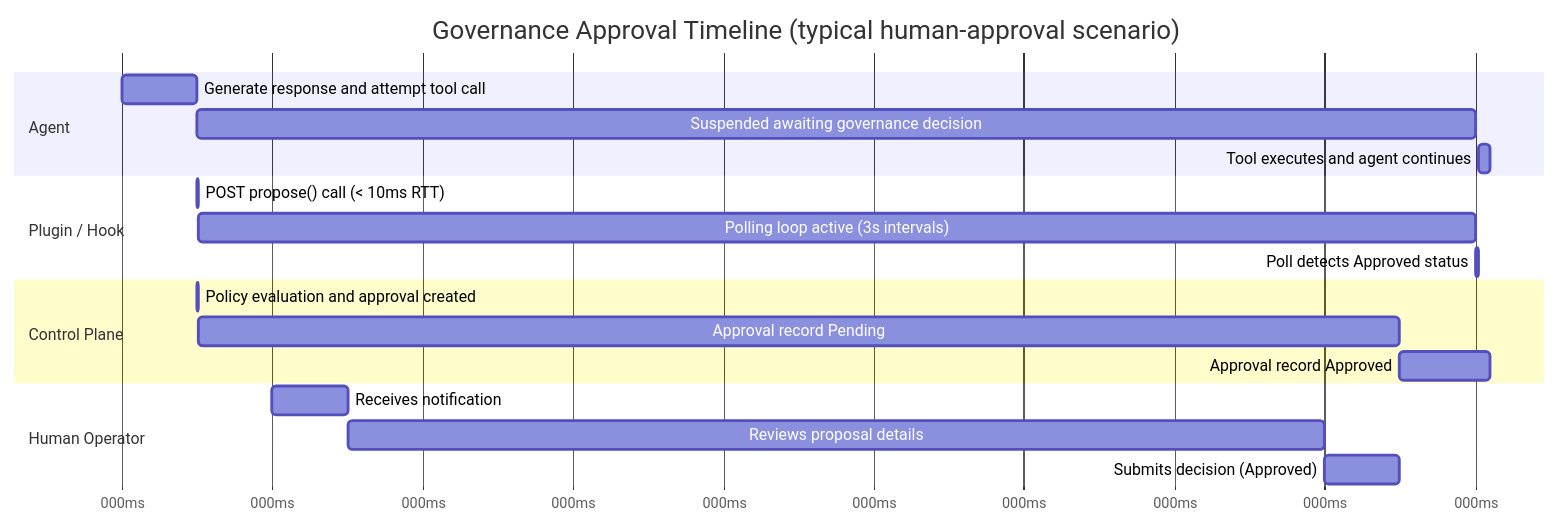
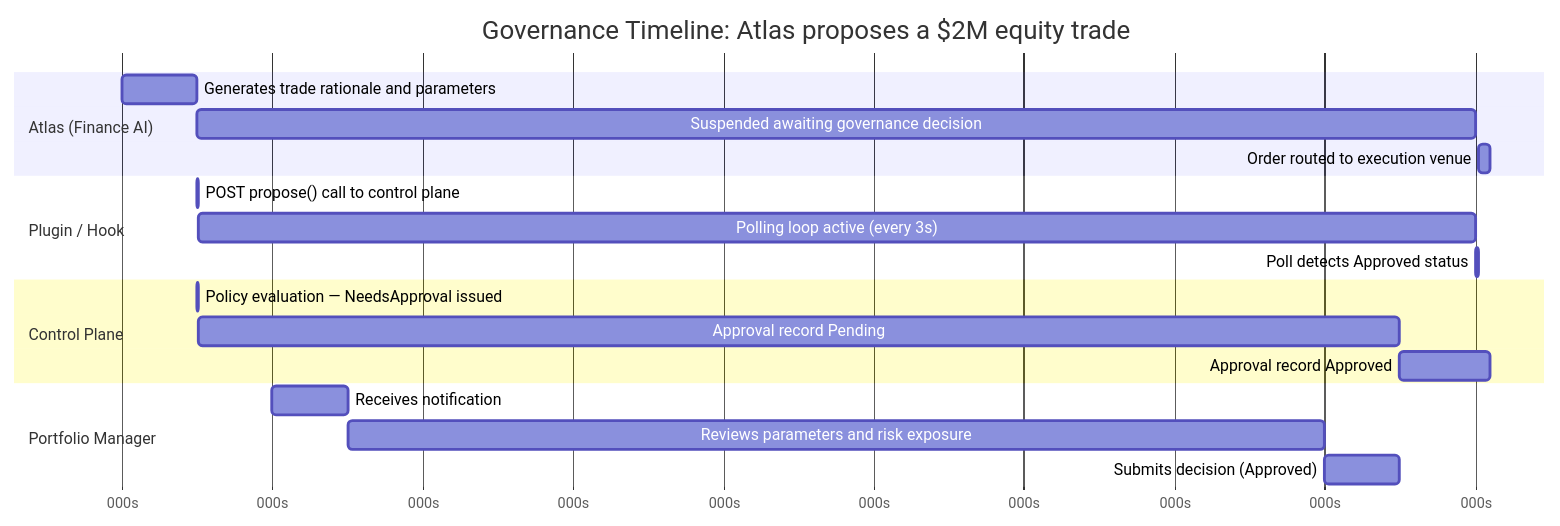
One commit to 45ck/Portarium changed the ninth of 9 diagrams in examples/openclaw/diagrams.md. Above: the diagram before and after it, drawn with Mermaid. The commit also changed other lines of this file and 3 other files, not shown here.

````diff
--- a/examples/openclaw/diagrams.md
+++ b/examples/openclaw/diagrams.md
@@ -181,26 +345,26 @@
 ```mermaid
 gantt
-  title Governance Approval Timeline (typical human-approval scenario)
+  title Governance Timeline: Atlas proposes a $2M equity trade
   dateFormat x
-  axisFormat %Lms
+  axisFormat %Ls
 
-  section Agent
-  Generate response and attempt tool call :0, 500
-  Suspended awaiting governance decision  :500, 9000
-  Tool executes and agent continues       :9020, 9100
+  section Atlas (Finance AI)
+  Generates trade rationale and parameters   :0, 500
+  Suspended awaiting governance decision     :500, 9000
+  Order routed to execution venue            :9020, 9100
 
   section Plugin / Hook
-  POST propose() call (< 10ms RTT)        :500, 510
-  Polling loop active (3s intervals)      :510, 9000
-  Poll detects Approved status            :9000, 9020
+  POST propose() call to control plane       :500, 510
+  Polling loop active (every 3s)             :510, 9000
+  Poll detects Approved status               :9000, 9020
 
   section Control Plane
-  Policy evaluation and approval created  :500, 510
-  Approval record Pending                 :510, 8500
-  Approval record Approved                :8500, 9100
+  Policy evaluation — NeedsApproval issued   :500, 510
+  Approval record Pending                    :510, 8500
+  Approval record Approved                   :8500, 9100
 
-  section Human Operator
-  Receives notification                   :1000, 1500
-  Reviews proposal details                :1500, 8000
-  Submits decision (Approved)             :8000, 8500
+  section Portfolio Manager
+  Receives notification                      :1000, 1500
+  Reviews parameters and risk exposure       :1500, 8000
+  Submits decision (Approved)                :8000, 8500
 ```
````
